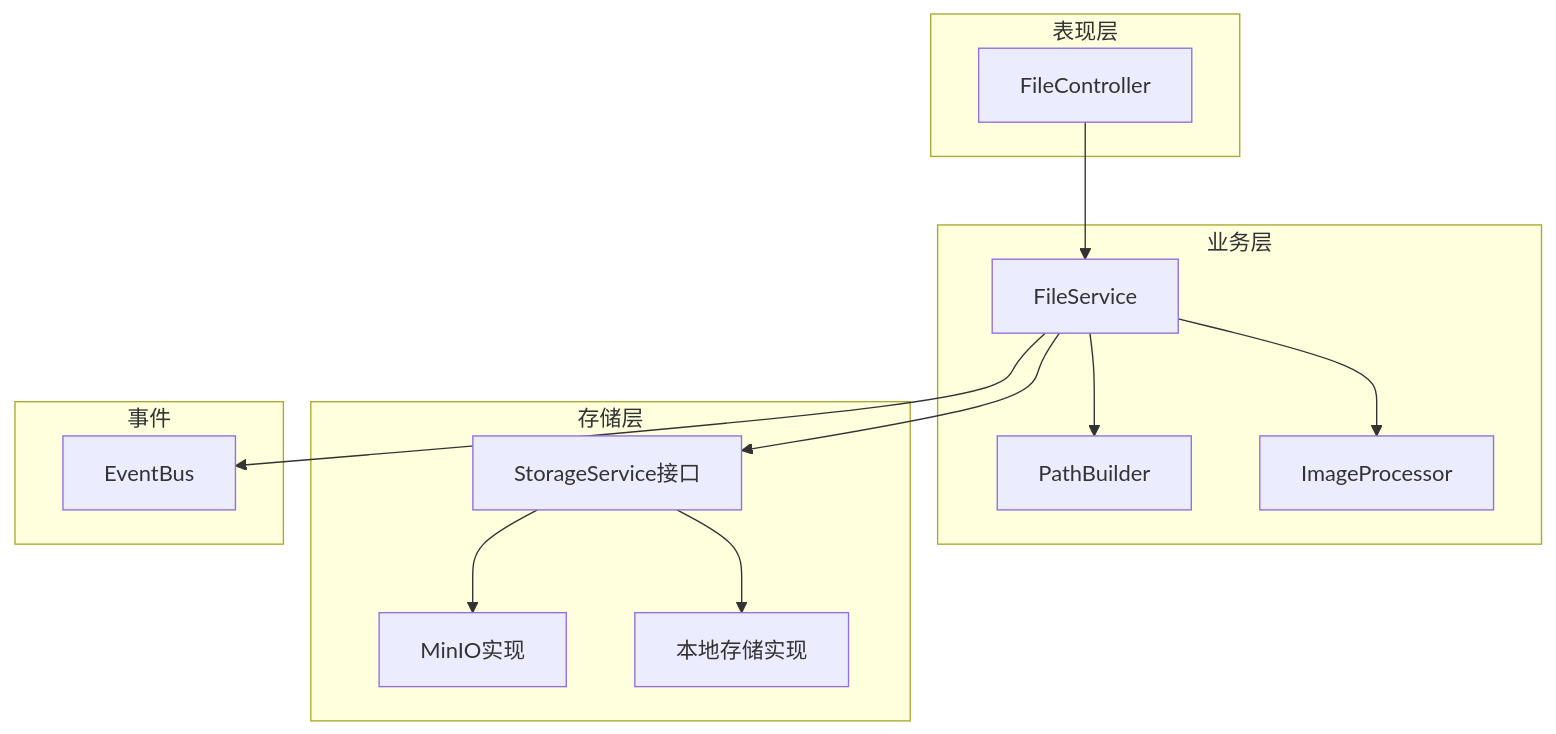
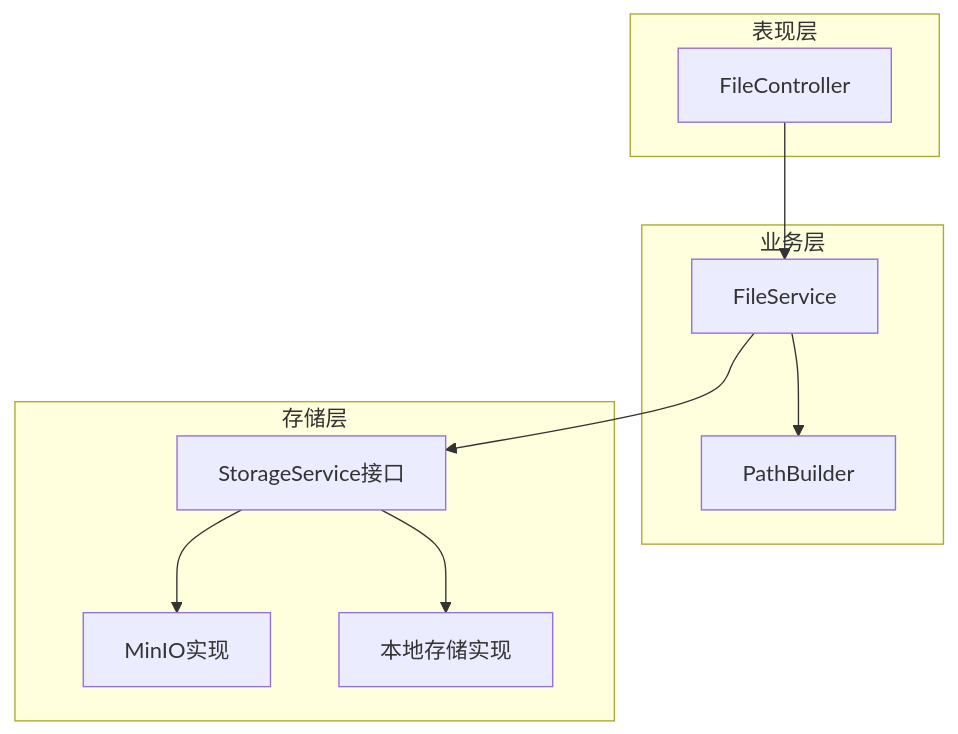
Before and after one commit to earthy-zinc/dehaze-system: the first of 4 diagrams in dehaze-doc/docs/03-模块设计/基础模块/文件管理/后端实现.md, drawn with Mermaid. The commit also changed other lines of this file and 61 other files, not shown here.

````diff
--- a/dehaze-doc/docs/03-模块设计/基础模块/文件管理/后端实现.md
+++ b/dehaze-doc/docs/03-模块设计/基础模块/文件管理/后端实现.md
@@ -23,30 +23,23 @@
 ```mermaid
 graph TB
     subgraph 表现层
         A[FileController]
     end
 
     subgraph 业务层
         B[FileService]
         C[PathBuilder]
-        D[ImageProcessor]
     end
 
     subgraph 存储层
         E[StorageService接口]
         F[MinIO实现]
         G[本地存储实现]
     end
 
-    subgraph 事件
-        H[EventBus]
-    end
-
     A --> B
     B --> C
-    B --> D
     B --> E
-    B --> H
     E --> F
     E --> G
 ```
````
